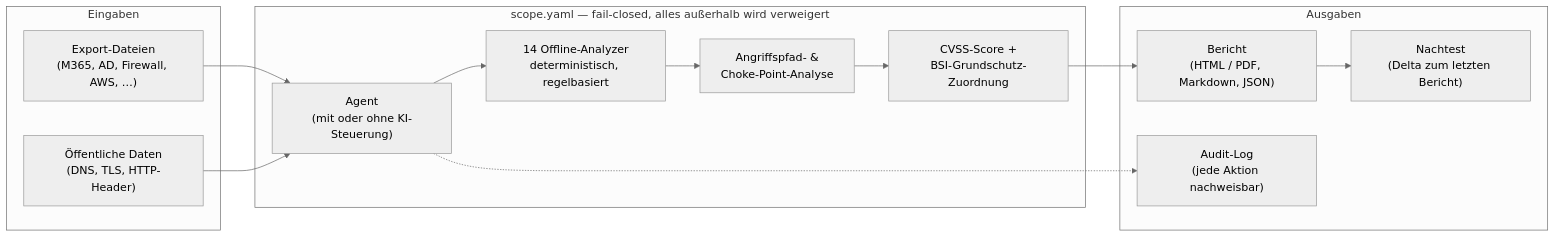
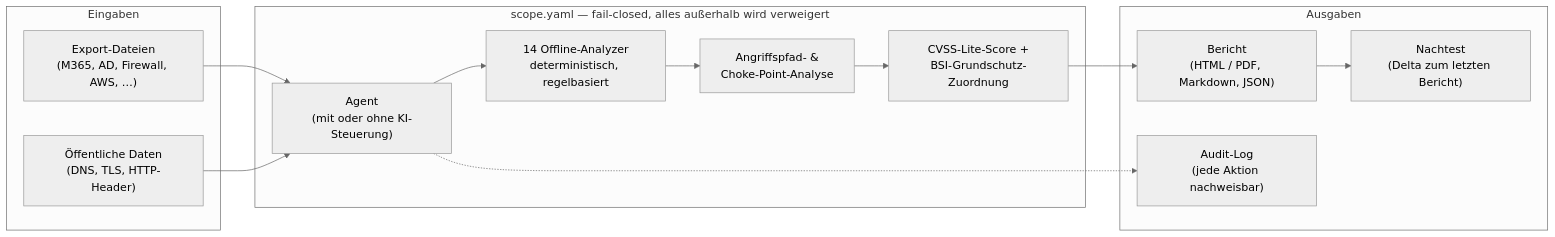
Before and after one commit to BEKO2210/Specter-: the diagram in README.md, drawn with Mermaid (neutral theme). The commit also changed other lines of this file and 7 other files, not shown here.

First line of the commit message:
Claims praezisiert: Regressionskorpus, CVSS-Lite, DSGVO-Grundsaetze, Testzahl 806

````diff
--- a/README.md
+++ b/README.md
@@ -163,26 +168,26 @@
 ```mermaid
 flowchart LR
     subgraph Eingaben
         A["Export-Dateien<br/>(M365, AD, Firewall, AWS, …)"]
         B["Öffentliche Daten<br/>(DNS, TLS, HTTP-Header)"]
     end
 
     subgraph Scope["scope.yaml — fail-closed, alles außerhalb wird verweigert"]
         C["Agent<br/>(mit oder ohne KI-Steuerung)"]
         D["14 Offline-Analyzer<br/>deterministisch, regelbasiert"]
         E["Angriffspfad- &<br/>Choke-Point-Analyse"]
-        F["CVSS-Score +<br/>BSI-Grundschutz-Zuordnung"]
+        F["CVSS-Lite-Score +<br/>BSI-Grundschutz-Zuordnung"]
     end
 
     subgraph Ausgaben
         G["Bericht<br/>(HTML / PDF, Markdown, JSON)"]
         H["Audit-Log<br/>(jede Aktion nachweisbar)"]
         I["Nachtest<br/>(Delta zum letzten Bericht)"]
     end
 
     A --> C
     B --> C
     C --> D --> E --> F --> G
     C -.-> H
     G --> I
 ```
````
